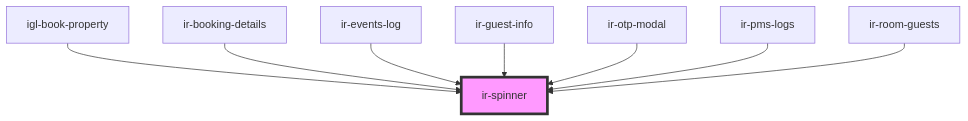
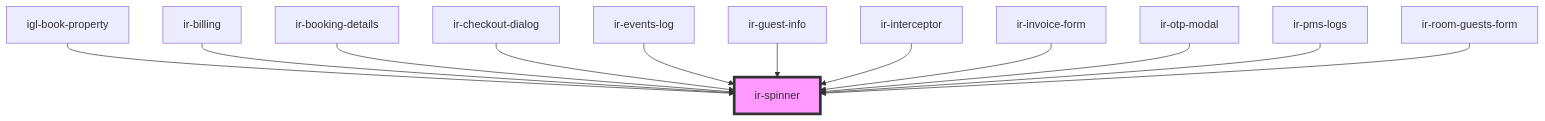
Before and after one commit to RonyRizk/ir-webcmp: the diagram in src/components/ui/ir-spinner/readme.md, drawn with Mermaid. The commit also changed other lines of this file and 433 other files, not shown here.

````diff
--- a/src/components/ui/ir-spinner/readme.md
+++ b/src/components/ui/ir-spinner/readme.md
@@ -31,11 +35,15 @@
 ```mermaid
 graph TD;
   igl-book-property --> ir-spinner
+  ir-billing --> ir-spinner
   ir-booking-details --> ir-spinner
+  ir-checkout-dialog --> ir-spinner
   ir-events-log --> ir-spinner
   ir-guest-info --> ir-spinner
+  ir-interceptor --> ir-spinner
+  ir-invoice-form --> ir-spinner
   ir-otp-modal --> ir-spinner
   ir-pms-logs --> ir-spinner
-  ir-room-guests --> ir-spinner
+  ir-room-guests-form --> ir-spinner
   style ir-spinner fill:#f9f,stroke:#333,stroke-width:4px
 ```
````
